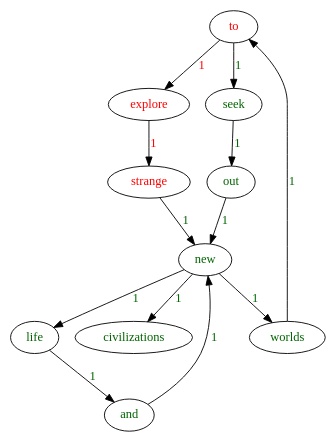
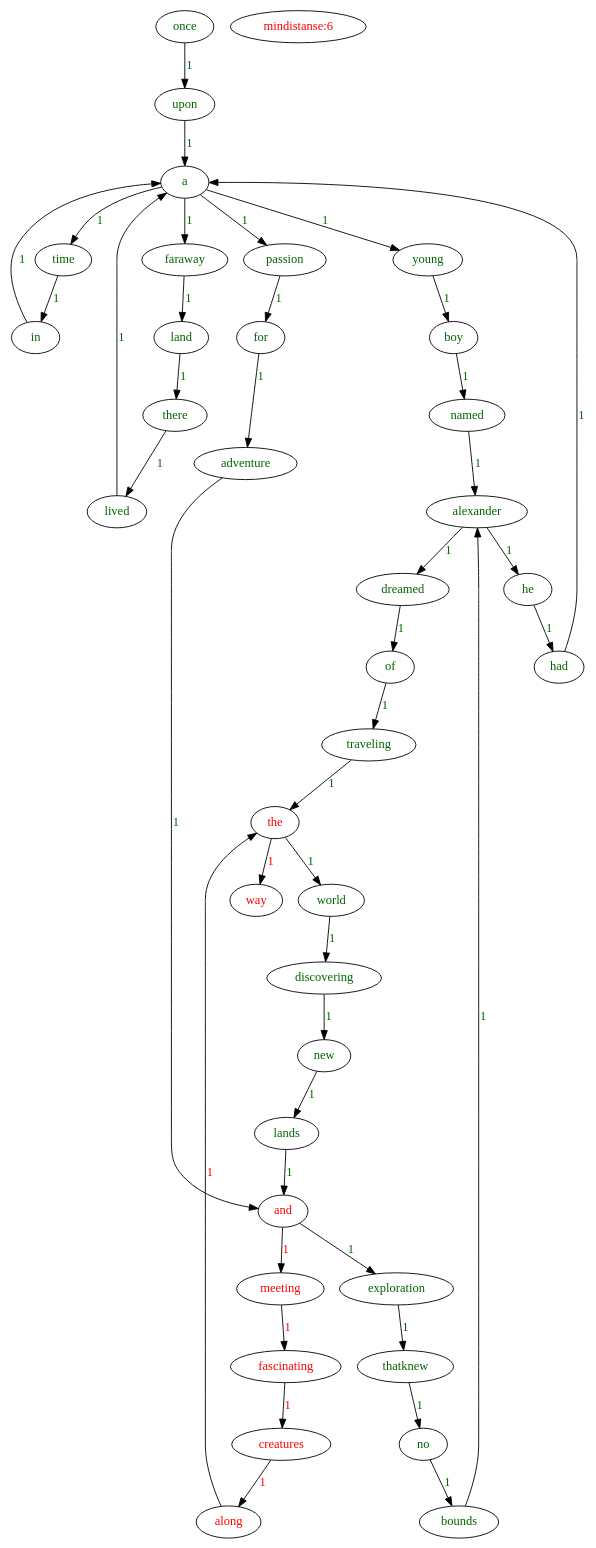
One commit to fireball-cai/Lab1-2021110771 changed the diagram in dotsource.dot. Above: the diagram before and after it, drawn with Graphviz. The commit also changed 48 other files, not shown here.

Commit message:
重新运行了一次，图片文件发生了改变

```diff
--- a/dotsource.dot
+++ b/dotsource.dot
@@ -1,38 +1,126 @@
 digraph G {
-    0 [label="to", fontcolor="red"]
-    1 [label="explore", fontcolor="red"]
-    0->1 [label="1", fontcolor="red"]
-    1 [label="explore", fontcolor="red"]
-    2 [label="strange", fontcolor="red"]
-    1->2 [label="1", fontcolor="red"]
-    0 [label="to", fontcolor="red"]
-    5 [label="seek", fontcolor="darkgreen"]
-    0->5 [label="1", fontcolor="darkgreen"]
-    2 [label="strange", fontcolor="red"]
-    3 [label="new", fontcolor="darkgreen"]
+    0 [label="once", fontcolor="darkgreen"]
+    1 [label="upon", fontcolor="darkgreen"]
+    0->1 [label="1", fontcolor="darkgreen"]
+    1 [label="upon", fontcolor="darkgreen"]
+    2 [label="a", fontcolor="darkgreen"]
+    1->2 [label="1", fontcolor="darkgreen"]
+    2 [label="a", fontcolor="darkgreen"]
+    3 [label="time", fontcolor="darkgreen"]
     2->3 [label="1", fontcolor="darkgreen"]
-    3 [label="new", fontcolor="darkgreen"]
-    4 [label="worlds", fontcolor="darkgreen"]
+    2 [label="a", fontcolor="darkgreen"]
+    5 [label="faraway", fontcolor="darkgreen"]
+    2->5 [label="1", fontcolor="darkgreen"]
+    2 [label="a", fontcolor="darkgreen"]
+    9 [label="young", fontcolor="darkgreen"]
+    2->9 [label="1", fontcolor="darkgreen"]
+    2 [label="a", fontcolor="darkgreen"]
+    15 [label="passion", fontcolor="darkgreen"]
+    2->15 [label="1", fontcolor="darkgreen"]
+    3 [label="time", fontcolor="darkgreen"]
+    4 [label="in", fontcolor="darkgreen"]
     3->4 [label="1", fontcolor="darkgreen"]
-    3 [label="new", fontcolor="darkgreen"]
-    7 [label="life", fontcolor="darkgreen"]
-    3->7 [label="1", fontcolor="darkgreen"]
-    3 [label="new", fontcolor="darkgreen"]
-    9 [label="civilizations", fontcolor="darkgreen"]
-    3->9 [label="1", fontcolor="darkgreen"]
-    4 [label="worlds", fontcolor="darkgreen"]
-    0 [label="to", fontcolor="red"]
-    4->0 [label="1", fontcolor="darkgreen"]
-    5 [label="seek", fontcolor="darkgreen"]
-    6 [label="out", fontcolor="darkgreen"]
+    4 [label="in", fontcolor="darkgreen"]
+    2 [label="a", fontcolor="darkgreen"]
+    4->2 [label="1", fontcolor="darkgreen"]
+    5 [label="faraway", fontcolor="darkgreen"]
+    6 [label="land", fontcolor="darkgreen"]
     5->6 [label="1", fontcolor="darkgreen"]
-    6 [label="out", fontcolor="darkgreen"]
-    3 [label="new", fontcolor="darkgreen"]
-    6->3 [label="1", fontcolor="darkgreen"]
-    7 [label="life", fontcolor="darkgreen"]
-    8 [label="and", fontcolor="darkgreen"]
+    6 [label="land", fontcolor="darkgreen"]
+    7 [label="there", fontcolor="darkgreen"]
+    6->7 [label="1", fontcolor="darkgreen"]
+    7 [label="there", fontcolor="darkgreen"]
+    8 [label="lived", fontcolor="darkgreen"]
     7->8 [label="1", fontcolor="darkgreen"]
-    8 [label="and", fontcolor="darkgreen"]
-    3 [label="new", fontcolor="darkgreen"]
-    8->3 [label="1", fontcolor="darkgreen"]
+    8 [label="lived", fontcolor="darkgreen"]
+    2 [label="a", fontcolor="darkgreen"]
+    8->2 [label="1", fontcolor="darkgreen"]
+    9 [label="young", fontcolor="darkgreen"]
+    10 [label="boy", fontcolor="darkgreen"]
+    9->10 [label="1", fontcolor="darkgreen"]
+    10 [label="boy", fontcolor="darkgreen"]
+    11 [label="named", fontcolor="darkgreen"]
+    10->11 [label="1", fontcolor="darkgreen"]
+    11 [label="named", fontcolor="darkgreen"]
+    12 [label="alexander", fontcolor="darkgreen"]
+    11->12 [label="1", fontcolor="darkgreen"]
+    12 [label="alexander", fontcolor="darkgreen"]
+    13 [label="he", fontcolor="darkgreen"]
+    12->13 [label="1", fontcolor="darkgreen"]
+    12 [label="alexander", fontcolor="darkgreen"]
+    23 [label="dreamed", fontcolor="darkgreen"]
+    12->23 [label="1", fontcolor="darkgreen"]
+    13 [label="he", fontcolor="darkgreen"]
+    14 [label="had", fontcolor="darkgreen"]
+    13->14 [label="1", fontcolor="darkgreen"]
+    14 [label="had", fontcolor="darkgreen"]
+    2 [label="a", fontcolor="darkgreen"]
+    14->2 [label="1", fontcolor="darkgreen"]
+    15 [label="passion", fontcolor="darkgreen"]
+    16 [label="for", fontcolor="darkgreen"]
+    15->16 [label="1", fontcolor="darkgreen"]
+    16 [label="for", fontcolor="darkgreen"]
+    17 [label="adventure", fontcolor="darkgreen"]
+    16->17 [label="1", fontcolor="darkgreen"]
+    17 [label="adventure", fontcolor="darkgreen"]
+    18 [label="and", fontcolor="red"]
+    17->18 [label="1", fontcolor="darkgreen"]
+    18 [label="and", fontcolor="red"]
+    19 [label="exploration", fontcolor="darkgreen"]
+    18->19 [label="1", fontcolor="darkgreen"]
+    18 [label="and", fontcolor="red"]
+    31 [label="meeting", fontcolor="red"]
+    18->31 [label="1", fontcolor="red"]
+    19 [label="exploration", fontcolor="darkgreen"]
+    20 [label="thatknew", fontcolor="darkgreen"]
+    19->20 [label="1", fontcolor="darkgreen"]
+    20 [label="thatknew", fontcolor="darkgreen"]
+    21 [label="no", fontcolor="darkgreen"]
+    20->21 [label="1", fontcolor="darkgreen"]
+    21 [label="no", fontcolor="darkgreen"]
+    22 [label="bounds", fontcolor="darkgreen"]
+    21->22 [label="1", fontcolor="darkgreen"]
+    22 [label="bounds", fontcolor="darkgreen"]
+    12 [label="alexander", fontcolor="darkgreen"]
+    22->12 [label="1", fontcolor="darkgreen"]
+    23 [label="dreamed", fontcolor="darkgreen"]
+    24 [label="of", fontcolor="darkgreen"]
+    23->24 [label="1", fontcolor="darkgreen"]
+    24 [label="of", fontcolor="darkgreen"]
+    25 [label="traveling", fontcolor="darkgreen"]
+    24->25 [label="1", fontcolor="darkgreen"]
+    25 [label="traveling", fontcolor="darkgreen"]
+    26 [label="the", fontcolor="red"]
+    25->26 [label="1", fontcolor="darkgreen"]
+    26 [label="the", fontcolor="red"]
+    27 [label="world", fontcolor="darkgreen"]
+    26->27 [label="1", fontcolor="darkgreen"]
+    26 [label="the", fontcolor="red"]
+    35 [label="way", fontcolor="red"]
+    26->35 [label="1", fontcolor="red"]
+    27 [label="world", fontcolor="darkgreen"]
+    28 [label="discovering", fontcolor="darkgreen"]
+    27->28 [label="1", fontcolor="darkgreen"]
+    28 [label="discovering", fontcolor="darkgreen"]
+    29 [label="new", fontcolor="darkgreen"]
+    28->29 [label="1", fontcolor="darkgreen"]
+    29 [label="new", fontcolor="darkgreen"]
+    30 [label="lands", fontcolor="darkgreen"]
+    29->30 [label="1", fontcolor="darkgreen"]
+    30 [label="lands", fontcolor="darkgreen"]
+    18 [label="and", fontcolor="red"]
+    30->18 [label="1", fontcolor="darkgreen"]
+    31 [label="meeting", fontcolor="red"]
+    32 [label="fascinating", fontcolor="red"]
+    31->32 [label="1", fontcolor="red"]
+    32 [label="fascinating", fontcolor="red"]
+    33 [label="creatures", fontcolor="red"]
+    32->33 [label="1", fontcolor="red"]
+    33 [label="creatures", fontcolor="red"]
+    34 [label="along", fontcolor="red"]
+    33->34 [label="1", fontcolor="red"]
+    34 [label="along", fontcolor="red"]
+    26 [label="the", fontcolor="red"]
+    34->26 [label="1", fontcolor="red"]
+    36 [label="mindistanse:6", fontcolor="red"]
 }
```
